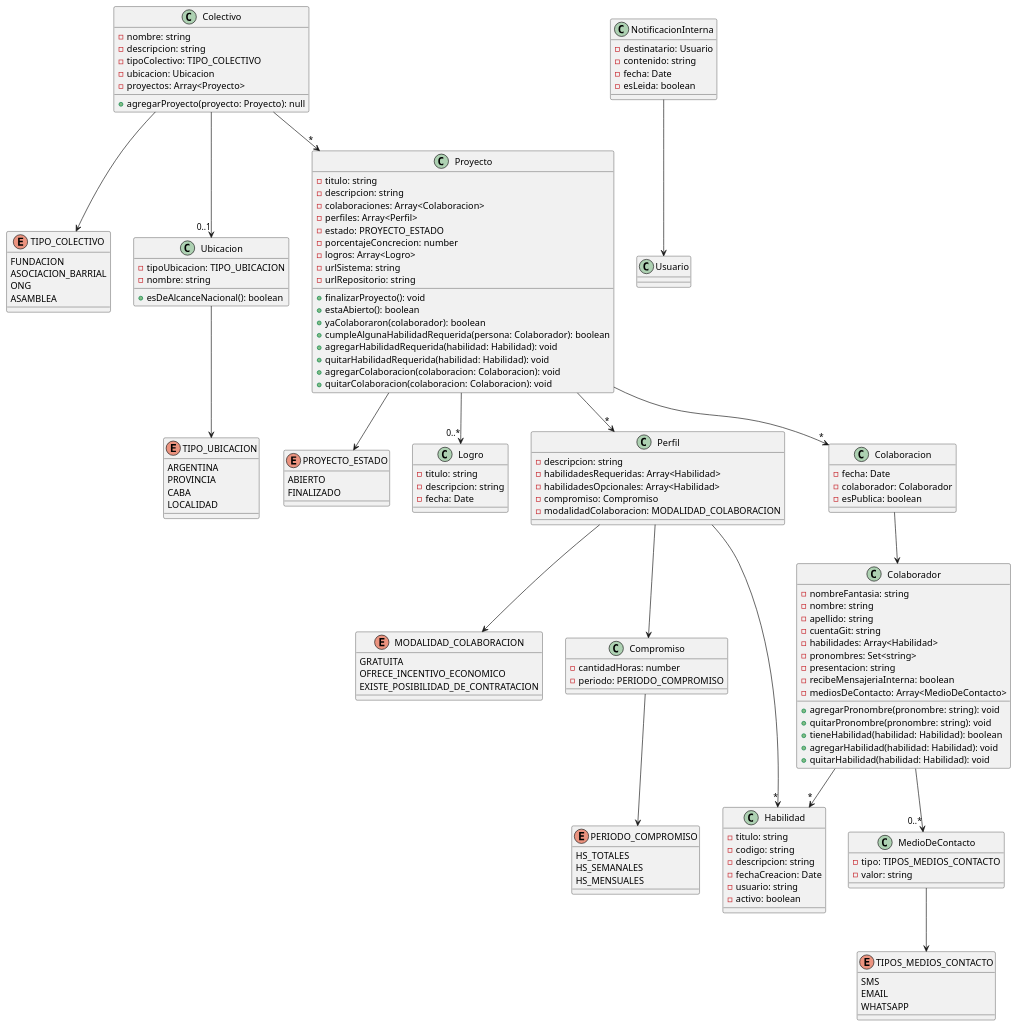
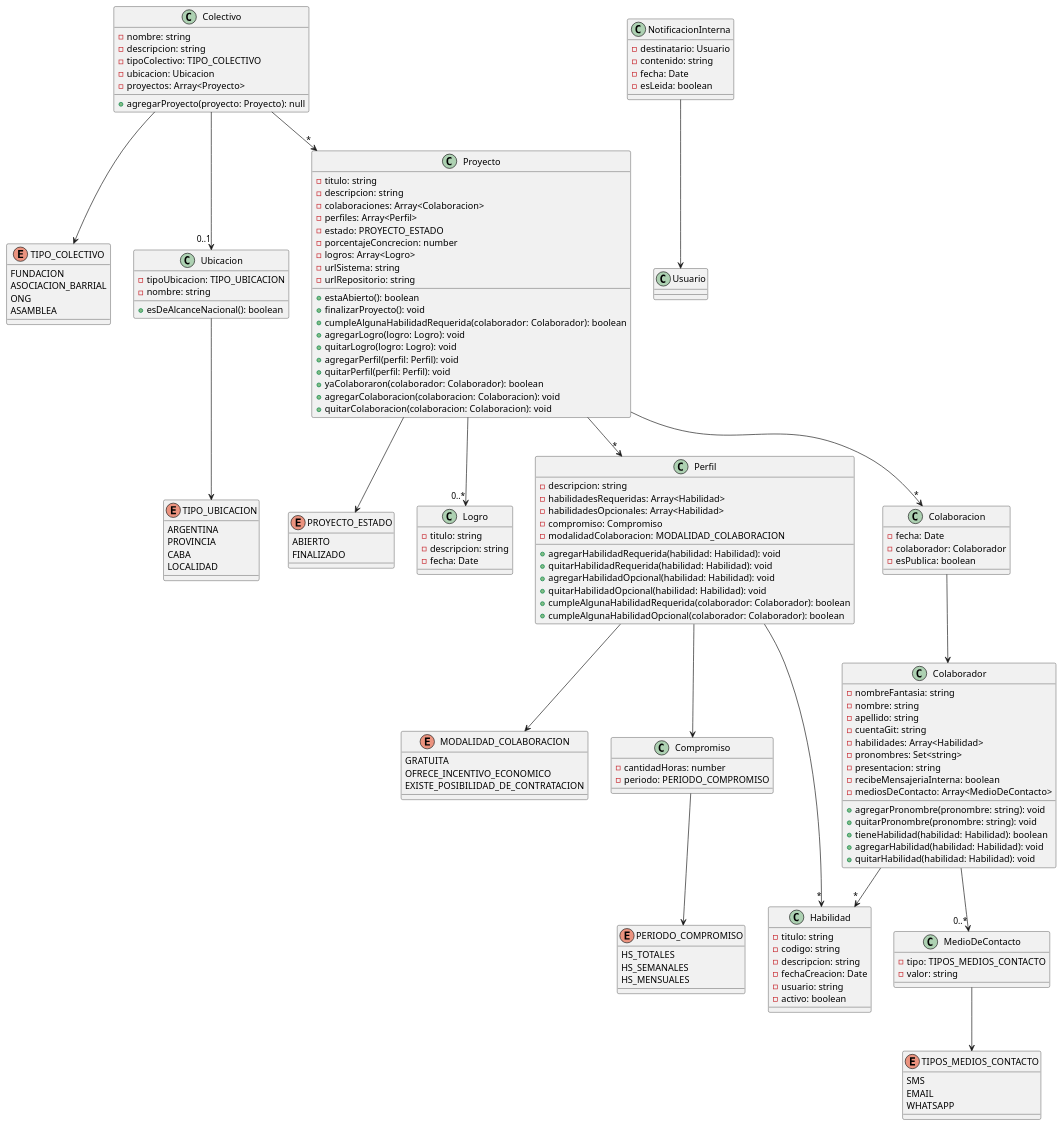
The diagram in diagrama_clases/diagrama_clases.puml (Mazzini123/tp-desarrollo-2c-2026), drawn with PlantUML before and after one commit. The commit also changed 4 other files, not shown here.

Commit message:
Cambios realizados: - Agrego métodos faltantes de Proyecto y Perfil al diagrama de clases y actualizo la imagen del diagrama. - Agrego el id a la clase de Perfil. - Arreglo los métodos quitarHabilidad, quitarHabilidadOpcional y quitarHabilidadRequerida de Perfil.

```diff
--- a/diagrama_clases/diagrama_clases.puml
+++ b/diagrama_clases/diagrama_clases.puml
@@ -1,175 +1,184 @@
 @startuml
 
 ' ───────────────────────── Colectivo y Ubicación ─────────────────────────
 
 class Colectivo {
   -nombre: string
   -descripcion: string
   -tipoColectivo: TIPO_COLECTIVO
   -ubicacion: Ubicacion
   -proyectos: Array<Proyecto>
 
   +agregarProyecto(proyecto: Proyecto): null
 }
 
 enum TIPO_COLECTIVO {
   FUNDACION
   ASOCIACION_BARRIAL
   ONG
   ASAMBLEA
 }
 
 class Ubicacion {
   -tipoUbicacion: TIPO_UBICACION
   -nombre: string
 
   +esDeAlcanceNacional(): boolean
 }
 
 enum TIPO_UBICACION {
   ARGENTINA
   PROVINCIA
   CABA
   LOCALIDAD
 }
 
 Colectivo --> TIPO_COLECTIVO
 Colectivo --> "*" Proyecto
 Colectivo --> "0..1" Ubicacion
 Ubicacion --> TIPO_UBICACION
 
 ' ───────────────────────── Proyecto y Compromiso ─────────────────────────
 
 class Proyecto {
   -titulo: string
   -descripcion: string
   -colaboraciones: Array<Colaboracion>
   -perfiles: Array<Perfil>
   -estado: PROYECTO_ESTADO
   -porcentajeConcrecion: number
   -logros: Array<Logro>
   -urlSistema: string
   -urlRepositorio: string
 
+  +estaAbierto(): boolean
   +finalizarProyecto(): void
-  +estaAbierto(): boolean
-  +yaColaboraron(colaborador): boolean
-  +cumpleAlgunaHabilidadRequerida(persona: Colaborador): boolean
-  +agregarHabilidadRequerida(habilidad: Habilidad): void
-  +quitarHabilidadRequerida(habilidad: Habilidad): void
+  +cumpleAlgunaHabilidadRequerida(colaborador: Colaborador): boolean
+  +agregarLogro(logro: Logro): void
+  +quitarLogro(logro: Logro): void
+  +agregarPerfil(perfil: Perfil): void
+  +quitarPerfil(perfil: Perfil): void
+  +yaColaboraron(colaborador: Colaborador): boolean
   +agregarColaboracion(colaboracion: Colaboracion): void
   +quitarColaboracion(colaboracion: Colaboracion): void
 }
 
 enum PROYECTO_ESTADO {
   ABIERTO
   FINALIZADO
 }
 
 enum MODALIDAD_COLABORACION {
   GRATUITA
   OFRECE_INCENTIVO_ECONOMICO
   EXISTE_POSIBILIDAD_DE_CONTRATACION
 }
 
 class Logro {
   -titulo: string
   -descripcion: string
   -fecha: Date
 
 }
 
 class Compromiso {
   -cantidadHoras: number
   -periodo: PERIODO_COMPROMISO
 }
 
 enum PERIODO_COMPROMISO {
   HS_TOTALES
   HS_SEMANALES
   HS_MENSUALES
 }
 
 Proyecto --> PROYECTO_ESTADO
 Perfil --> Compromiso
 Perfil--> MODALIDAD_COLABORACION
 Proyecto -->"*" Perfil
 Proyecto --> "0..*" Logro
 Compromiso --> PERIODO_COMPROMISO
 
 ' ───────────────────────── Habilidad y Colaboración ─────────────────────────
 
 class Perfil {
   -descripcion: string
   -habilidadesRequeridas: Array<Habilidad>
   -habilidadesOpcionales: Array<Habilidad>
   -compromiso: Compromiso
   -modalidadColaboracion: MODALIDAD_COLABORACION
+
+  +agregarHabilidadRequerida(habilidad: Habilidad): void
+  +quitarHabilidadRequerida(habilidad: Habilidad): void
+  +agregarHabilidadOpcional(habilidad: Habilidad): void
+  +quitarHabilidadOpcional(habilidad: Habilidad): void
+  +cumpleAlgunaHabilidadRequerida(colaborador: Colaborador): boolean
+  +cumpleAlgunaHabilidadOpcional(colaborador: Colaborador): boolean
 }
 
 class Habilidad {
   -titulo: string
   -codigo: string
   -descripcion: string
   -fechaCreacion: Date
   -usuario: string
   -activo: boolean
 }
 
 class Colaboracion {
   -fecha: Date
   -colaborador: Colaborador
   -esPublica: boolean
 }
 
 class Colaborador {
   -nombreFantasia: string
   -nombre: string
   -apellido: string
   -cuentaGit: string
   -habilidades: Array<Habilidad>
   -pronombres: Set<string>
   -presentacion: string
   -recibeMensajeriaInterna: boolean
   -mediosDeContacto: Array<MedioDeContacto>
 
   +agregarPronombre(pronombre: string): void
   +quitarPronombre(pronombre: string): void
   +tieneHabilidad(habilidad: Habilidad): boolean
   +agregarHabilidad(habilidad: Habilidad): void
   +quitarHabilidad(habilidad: Habilidad): void
 }
 
 Perfil --> "*" Habilidad
 Proyecto --> "*" Colaboracion
 Colaboracion --> Colaborador
 Colaborador --> "*" Habilidad
 Colaborador --> "0..*" MedioDeContacto
 
 class MedioDeContacto {
     -tipo: TIPOS_MEDIOS_CONTACTO
     -valor: string
 }
 
 enum TIPOS_MEDIOS_CONTACTO {
     SMS
     EMAIL
     WHATSAPP
 }
 
 MedioDeContacto --> TIPOS_MEDIOS_CONTACTO
 
 class NotificacionInterna {
   -destinatario: Usuario
   -contenido: string
   -fecha: Date
   -esLeida: boolean
 }
 
 class Usuario {
 
 }
 
 NotificacionInterna --> Usuario
 
 @enduml
```
